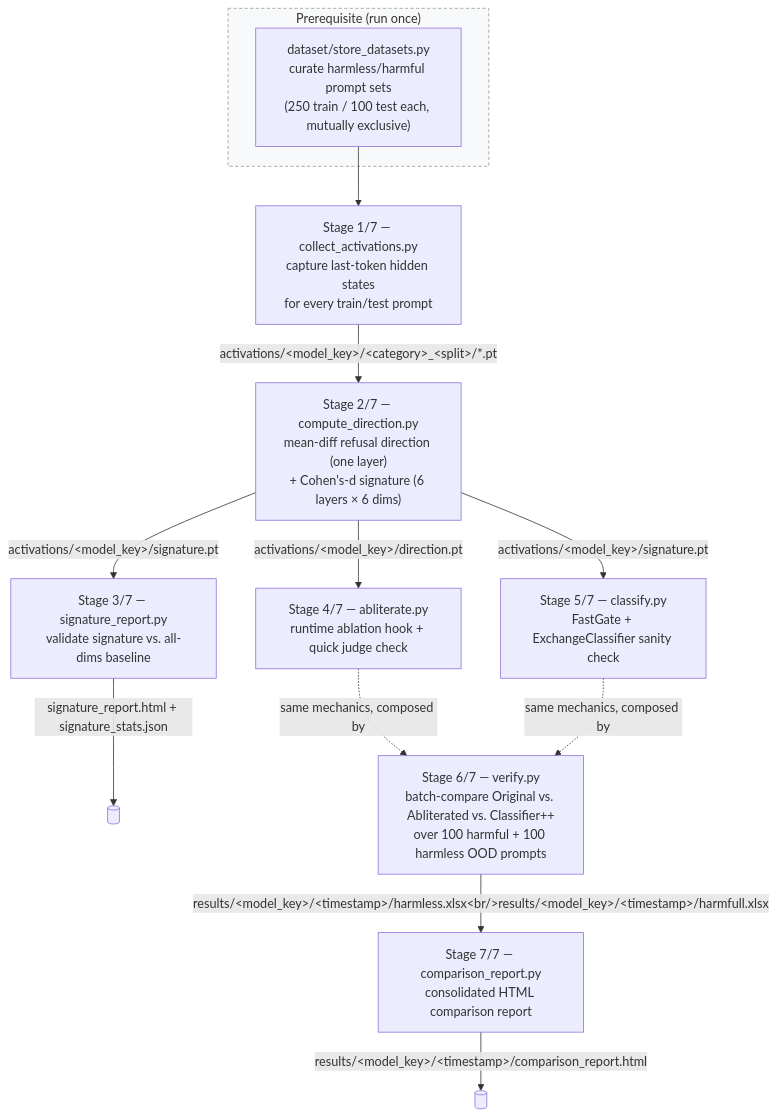
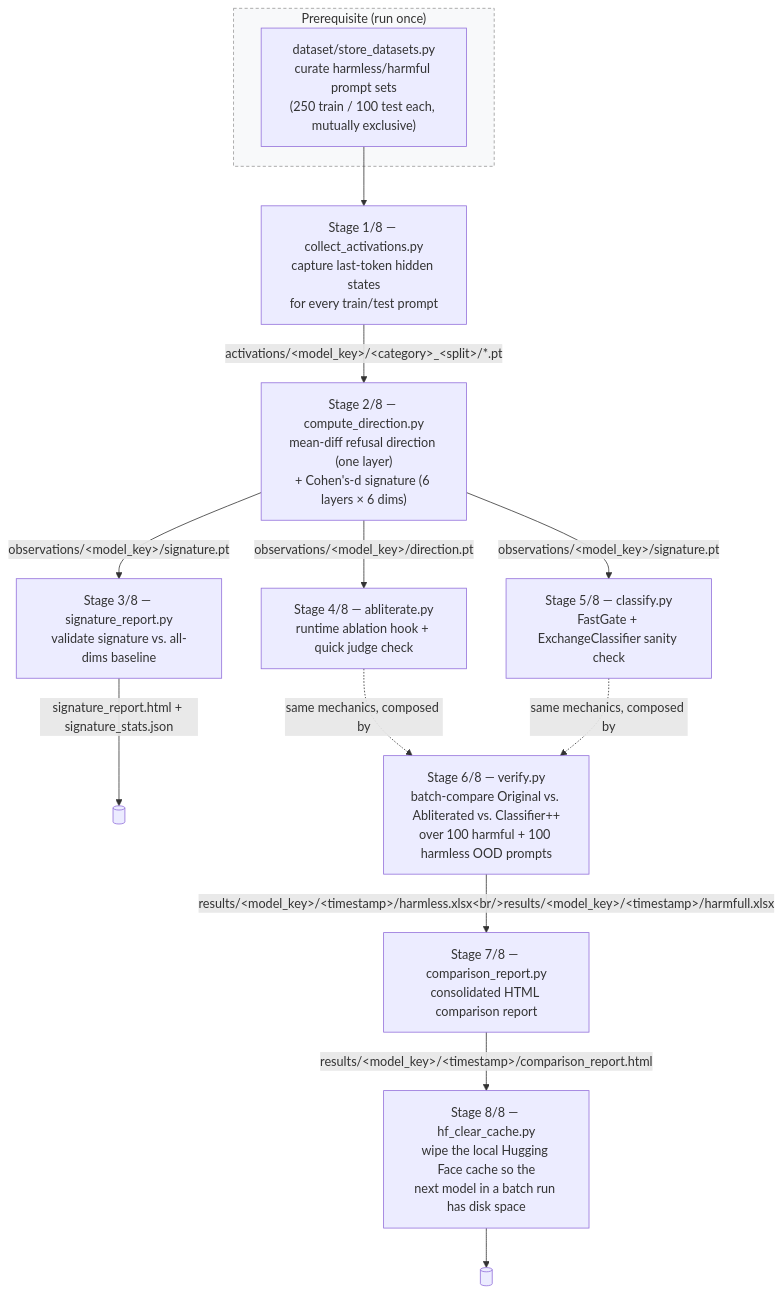
One commit to Palani-SN/abliteration-et-constitutional-classifier changed the first of 4 diagrams in README.md. Above: the diagram before and after it, drawn with Mermaid. The commit also changed other lines of this file and 7 other files, not shown here.

````diff
--- a/README.md
+++ b/README.md
@@ -61,33 +70,36 @@
 ```mermaid
 flowchart TD
     subgraph prep["Prerequisite (run once)"]
         DS["dataset/store_datasets.py<br/>curate harmless/harmful prompt sets<br/>(250 train / 100 test each, mutually exclusive)"]
     end
 
     DS --> S1
 
-    S1["Stage 1/7 — collect_activations.py<br/>capture last-token hidden states<br/>for every train/test prompt"]
+    S1["Stage 1/8 — collect_activations.py<br/>capture last-token hidden states<br/>for every train/test prompt"]
     S1 -->|activations/&lt;model_key&gt;/&lt;category&gt;_&lt;split&gt;/*.pt| S2
 
-    S2["Stage 2/7 — compute_direction.py<br/>mean-diff refusal direction (one layer)<br/>+ Cohen's-d signature (6 layers × 6 dims)"]
-    S2 -->|activations/&lt;model_key&gt;/direction.pt| S4
-    S2 -->|activations/&lt;model_key&gt;/signature.pt| S3
-    S2 -->|activations/&lt;model_key&gt;/signature.pt| S5
+    S2["Stage 2/8 — compute_direction.py<br/>mean-diff refusal direction (one layer)<br/>+ Cohen's-d signature (6 layers × 6 dims)"]
+    S2 -->|observations/&lt;model_key&gt;/direction.pt| S4
+    S2 -->|observations/&lt;model_key&gt;/signature.pt| S3
+    S2 -->|observations/&lt;model_key&gt;/signature.pt| S5
 
-    S3["Stage 3/7 — signature_report.py<br/>validate signature vs. all-dims baseline"]
+    S3["Stage 3/8 — signature_report.py<br/>validate signature vs. all-dims baseline"]
     S3 -->|signature_report.html + signature_stats.json| END1[( )]
 
-    S4["Stage 4/7 — abliterate.py<br/>runtime ablation hook + quick judge check"]
-    S5["Stage 5/7 — classify.py<br/>FastGate + ExchangeClassifier sanity check"]
+    S4["Stage 4/8 — abliterate.py<br/>runtime ablation hook + quick judge check"]
+    S5["Stage 5/8 — classify.py<br/>FastGate + ExchangeClassifier sanity check"]
 
     S4 -.same mechanics, composed by.-> S6
     S5 -.same mechanics, composed by.-> S6
 
-    S6["Stage 6/7 — verify.py<br/>batch-compare Original vs. Abliterated vs. Classifier++<br/>over 100 harmful + 100 harmless OOD prompts"]
+    S6["Stage 6/8 — verify.py<br/>batch-compare Original vs. Abliterated vs. Classifier++<br/>over 100 harmful + 100 harmless OOD prompts"]
     S6 -->|results/&lt;model_key&gt;/&lt;timestamp&gt;/harmless.xlsx&lt;br/&gt;results/&lt;model_key&gt;/&lt;timestamp&gt;/harmfull.xlsx| S7
 
-    S7["Stage 7/7 — comparison_report.py<br/>consolidated HTML comparison report"]
-    S7 -->|results/&lt;model_key&gt;/&lt;timestamp&gt;/comparison_report.html| END2[( )]
+    S7["Stage 7/8 — comparison_report.py<br/>consolidated HTML comparison report"]
+    S7 -->|results/&lt;model_key&gt;/&lt;timestamp&gt;/comparison_report.html| S8
+
+    S8["Stage 8/8 — hf_clear_cache.py<br/>wipe the local Hugging Face cache so the<br/>next model in a batch run has disk space"]
+    S8 --> END2[( )]
 
     style prep fill:#f8f9fa,stroke:#999,stroke-dasharray: 4 3
 ```
````
